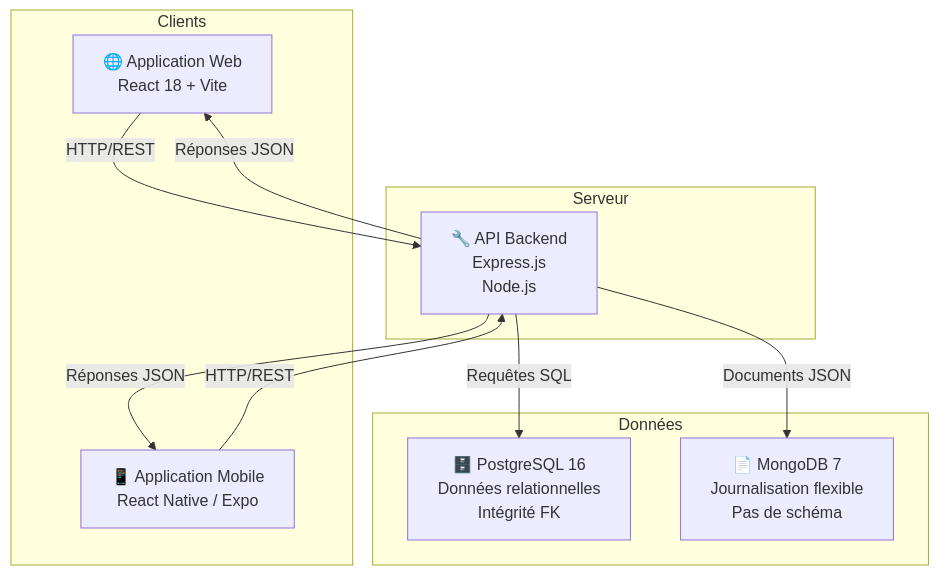
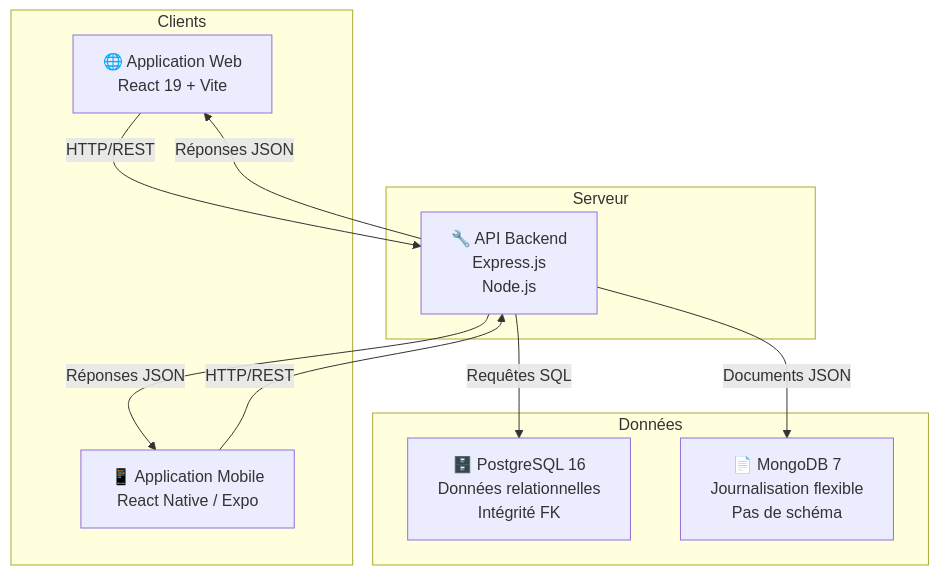
Before and after one commit to axelst4m/innovevents-mg: the first of 6 diagrams in docs/06-architecture.md, drawn with Mermaid. The commit also changed other lines of this file and 3 other files, not shown here.

````diff
--- a/docs/06-architecture.md
+++ b/docs/06-architecture.md
@@ -32,24 +32,24 @@
 ```mermaid
 graph TB
     subgraph "Clients"
-        Web["🌐 Application Web<br/>React 18 + Vite"]
+        Web["🌐 Application Web<br/>React 19 + Vite"]
         Mobile["📱 Application Mobile<br/>React Native / Expo"]
     end
 
     subgraph "Serveur"
         API["🔧 API Backend<br/>Express.js<br/>Node.js"]
     end
 
     subgraph "Données"
         PG["🗄️ PostgreSQL 16<br/>Données relationnelles<br/>Intégrité FK"]
         Mongo["📄 MongoDB 7<br/>Journalisation flexible<br/>Pas de schéma"]
     end
 
     Web -->|HTTP/REST| API
     Mobile -->|HTTP/REST| API
     API -->|Requêtes SQL| PG
     API -->|Documents JSON| Mongo
 
     API -->|Réponses JSON| Web
     API -->|Réponses JSON| Mobile
 ```
````
